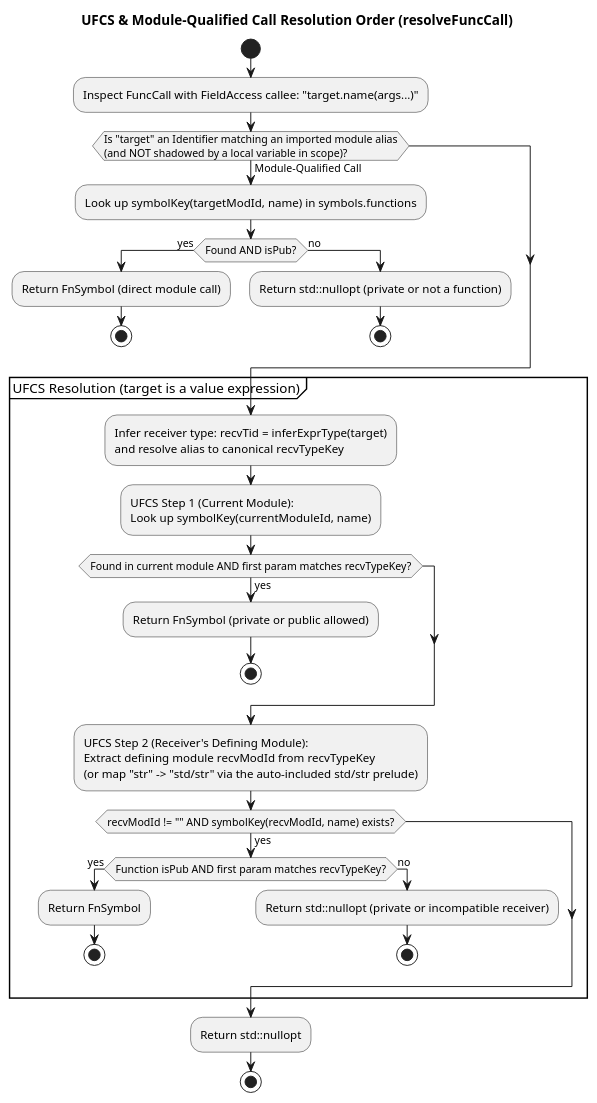
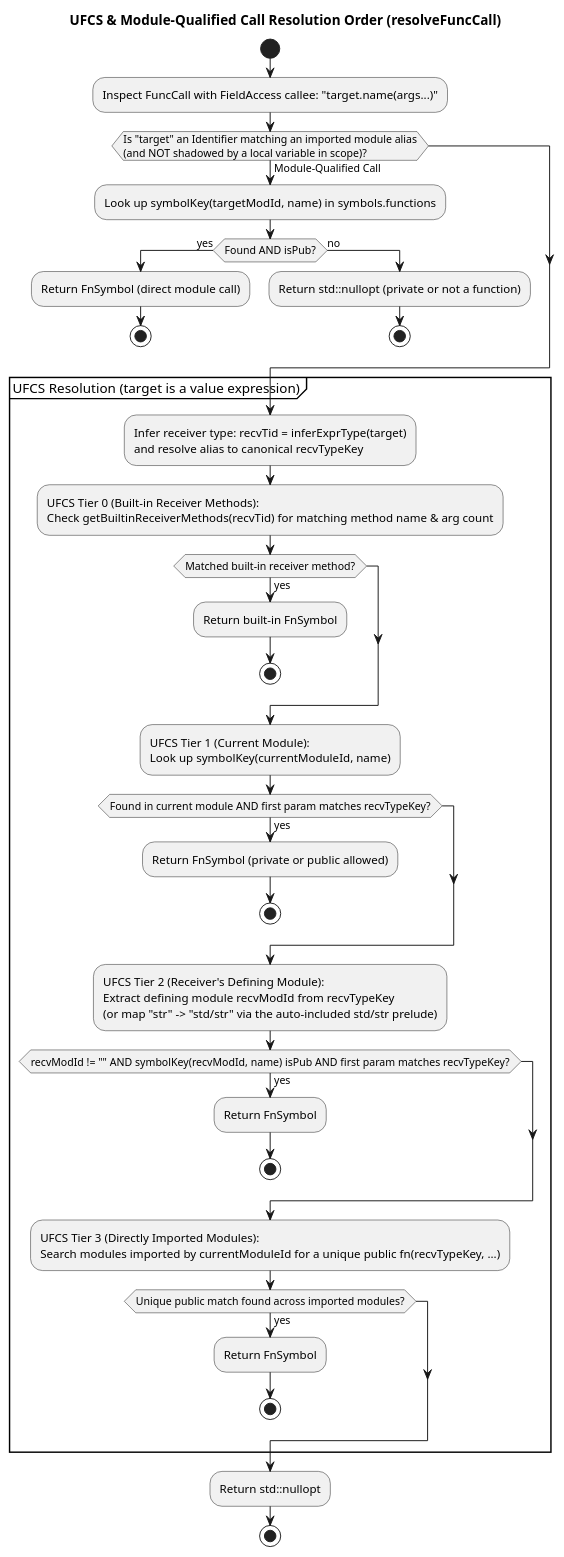
The second of 2 diagrams in docs/semantic_analyzer.md (lawson89/clean_basic), drawn with PlantUML before and after one commit. The commit also changed other lines of this file and 16 other files, not shown here.

````diff
--- a/docs/semantic_analyzer.md
+++ b/docs/semantic_analyzer.md
@@ -185,49 +193,58 @@
 ```plantuml
 @startuml
 skinparam monochrome false
 title UFCS & Module-Qualified Call Resolution Order (resolveFuncCall)
 
 start
 :Inspect FuncCall with FieldAccess callee: "target.name(args...)";
 
 if (Is "target" an Identifier matching an imported module alias
 (and NOT shadowed by a local variable in scope)?) then (Module-Qualified Call)
   :Look up symbolKey(targetModId, name) in symbols.functions;
   if (Found AND isPub?) then (yes)
     :Return FnSymbol (direct module call);
     stop
   else (no)
     :Return std::nullopt (private or not a function);
     stop
   endif
 endif
 
 partition "UFCS Resolution (target is a value expression)" {
   :Infer receiver type: recvTid = inferExprType(target)
   and resolve alias to canonical recvTypeKey;
 
-  :UFCS Step 1 (Current Module):
+  :UFCS Tier 0 (Built-in Receiver Methods):
+  Check getBuiltinReceiverMethods(recvTid) for matching method name & arg count;
+  if (Matched built-in receiver method?) then (yes)
+    :Return built-in FnSymbol;
+    stop
+  endif
+
+  :UFCS Tier 1 (Current Module):
   Look up symbolKey(currentModuleId, name);
   if (Found in current module AND first param matches recvTypeKey?) then (yes)
     :Return FnSymbol (private or public allowed);
     stop
   endif
 
-  :UFCS Step 2 (Receiver's Defining Module):
+  :UFCS Tier 2 (Receiver's Defining Module):
   Extract defining module recvModId from recvTypeKey
   (or map "str" -> "std/str" via the auto-included std/str prelude);
-  if (recvModId != "" AND symbolKey(recvModId, name) exists?) then (yes)
-    if (Function isPub AND first param matches recvTypeKey?) then (yes)
-      :Return FnSymbol;
-      stop
-    else (no)
-      :Return std::nullopt (private or incompatible receiver);
-      stop
-    endif
+  if (recvModId != "" AND symbolKey(recvModId, name) isPub AND first param matches recvTypeKey?) then (yes)
+    :Return FnSymbol;
+    stop
+  endif
+
+  :UFCS Tier 3 (Directly Imported Modules):
+  Search modules imported by currentModuleId for a unique public fn(recvTypeKey, ...);
+  if (Unique public match found across imported modules?) then (yes)
+    :Return FnSymbol;
+    stop
   endif
 }
 
 :Return std::nullopt;
 stop
 @enduml
 ```
````
